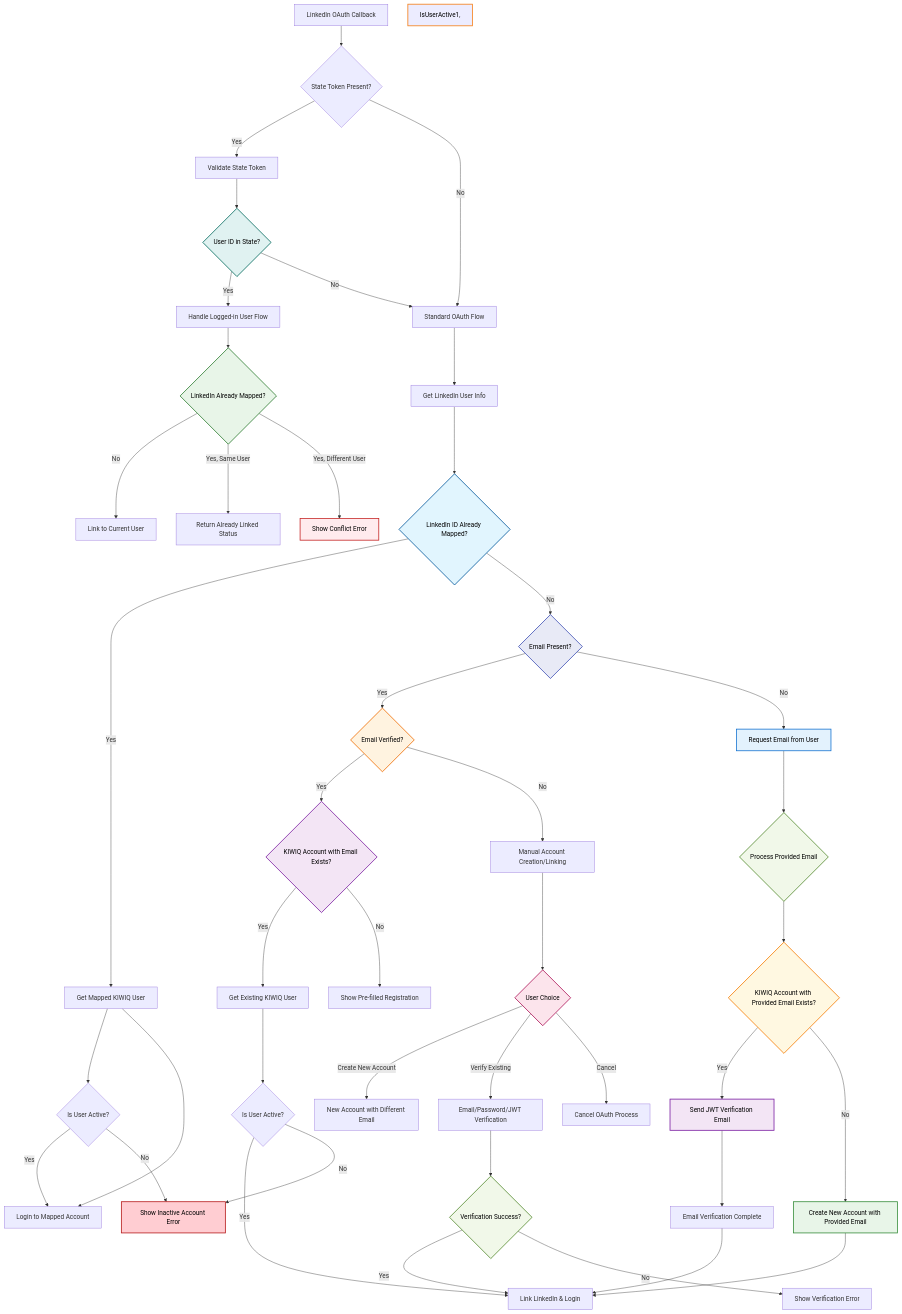
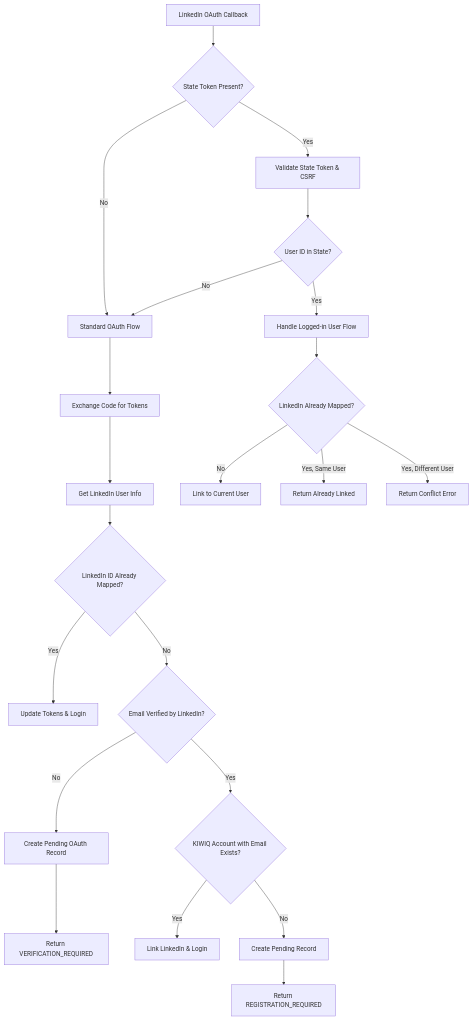
One commit to G11-999/kiwiq changed the first of 10 diagrams in docs/design_docs/linkedin_integrations/LINKEDIN_OAUTH_DESIGN.md. Above: the diagram before and after it, drawn with Mermaid. The commit also changed other lines of this file and 6 other files, not shown here.

````diff
--- a/docs/design_docs/linkedin_integrations/LINKEDIN_OAUTH_DESIGN.md
+++ b/docs/design_docs/linkedin_integrations/LINKEDIN_OAUTH_DESIGN.md
@@ -161,78 +156,33 @@
 ```mermaid
 flowchart TD
     Start[LinkedIn OAuth Callback] --> CheckState{State Token Present?}
     
-    CheckState -->|Yes| ValidateState[Validate State Token]
+    CheckState -->|Yes| ValidateState[Validate State Token & CSRF]
     CheckState -->|No| StandardFlow[Standard OAuth Flow]
     
     ValidateState --> IsUserLoggedIn{User ID in State?}
     IsUserLoggedIn -->|Yes| LoggedInUserFlow[Handle Logged-in User Flow]
     IsUserLoggedIn -->|No| StandardFlow
     
-    StandardFlow --> GetLinkedInInfo[Get LinkedIn User Info]
+    StandardFlow --> ExchangeCode[Exchange Code for Tokens]
+    ExchangeCode --> GetLinkedInInfo[Get LinkedIn User Info]
     GetLinkedInInfo --> CheckExistingMapping{LinkedIn ID Already Mapped?}
     
-    CheckExistingMapping -->|Yes| GetMappedUser[Get Mapped KIWIQ User]
-    CheckExistingMapping -->|No| CheckEmailPresent{Email Present?}
-    
-    GetMappedUser --> IsUserActive1{Is User Active?}
-    IsUserActive1 -->|Yes| LoginUser[Login to Mapped Account]
-    IsUserActive1 -->|No| ShowErrorInactive[Show Inactive Account Error]
-    
-    GetMappedUser --> LoginUser[Login to Mapped Account]
-    
-    CheckEmailPresent -->|Yes| CheckEmailVerified{Email Verified?}
-    CheckEmailPresent -->|No| ManualEmailCollection[Request Email from User]
+    CheckExistingMapping -->|Yes| UpdateTokensLogin[Update Tokens & Login]
+    CheckExistingMapping -->|No| CheckEmailVerified{Email Verified by LinkedIn?}
     
     CheckEmailVerified -->|Yes| CheckEmailExists{KIWIQ Account with Email Exists?}
-    CheckEmailVerified -->|No| ManualFlow[Manual Account Creation/Linking]
+    CheckEmailVerified -->|No| CreatePendingRecord[Create Pending OAuth Record]
     
-    ManualEmailCollection --> ProcessProvidedEmail{Process Provided Email}
-    ProcessProvidedEmail --> CheckProvidedEmailExists{KIWIQ Account with Provided Email Exists?}
+    CreatePendingRecord --> ReturnVerificationRequired[Return VERIFICATION_REQUIRED]
     
-    CheckProvidedEmailExists -->|Yes| SendVerificationEmail[Send JWT Verification Email]
-    CheckProvidedEmailExists -->|No| CreateNewAccountWithEmail[Create New Account with Provided Email]
+    CheckEmailExists -->|Yes| LinkAndLogin[Link LinkedIn & Login]
+    CheckEmailExists -->|No| CreatePendingForRegistration[Create Pending Record]
     
-    SendVerificationEmail --> EmailVerificationComplete[Email Verification Complete]
-    EmailVerificationComplete --> LinkAndLogin
+    CreatePendingForRegistration --> ReturnRegistrationRequired[Return REGISTRATION_REQUIRED]
     
-    CreateNewAccountWithEmail --> LinkAndLogin
-    
-    CheckEmailExists -->|Yes| GetExistingUser[Get Existing KIWIQ User]
-    CheckEmailExists -->|No| PrefilledRegistration[Show Pre-filled Registration]
-    
-    GetExistingUser --> IsUserActive2{Is User Active?}
-    IsUserActive2 -->|Yes| LinkAndLogin[Link LinkedIn & Login]
-    IsUserActive2 -->|No| ShowErrorInactive
-    
-    LoggedInUserFlow --> CheckLinkedInMapping{LinkedIn Already Mapped?}
-    CheckLinkedInMapping -->|No| LinkToCurrentUser[Link to Current User]
-    CheckLinkedInMapping -->|Yes, Same User| AlreadyLinked[Return Already Linked Status]
-    CheckLinkedInMapping -->|Yes, Different User| ShowConflict[Show Conflict Error]
-    
-    ManualFlow --> UserChoice{User Choice}
-    UserChoice -->|Create New Account| NewAccountFlow[New Account with Different Email]
-    UserChoice -->|Verify Existing| VerifyFlow[Email/Password/JWT Verification]
-    UserChoice -->|Cancel| CancelFlow[Cancel OAuth Process]
-    
-    VerifyFlow --> VerifySuccess{Verification Success?}
-    VerifySuccess -->|Yes| LinkAndLogin
-    VerifySuccess -->|No| ShowError[Show Verification Error]
-    
-    style CheckExistingMapping fill:#e1f5fe,stroke:#01579b,stroke-width:2px,color:#000
-    style CheckLinkedInMapping fill:#e8f5e8,stroke:#2e7d32,stroke-width:2px,color:#000
-    style ShowConflict fill:#ffebee,stroke:#c62828,stroke-width:2px,color:#000
-    style CheckEmailVerified fill:#fff3e0,stroke:#ef6c00,stroke-width:2px,color:#000
-    style CheckEmailExists fill:#f3e5f5,stroke:#7b1fa2,stroke-width:2px,color:#000
-    style CheckEmailPresent fill:#e8eaf6,stroke:#3f51b5,stroke-width:2px,color:#000
-    style ProcessProvidedEmail fill:#f1f8e9,stroke:#558b2f,stroke-width:2px,color:#000
-    style CheckProvidedEmailExists fill:#fff8e1,stroke:#f57c00,stroke-width:2px,color:#000
-    style IsUserLoggedIn fill:#e0f2f1,stroke:#00695c,stroke-width:2px,color:#000
-    style UserChoice fill:#fce4ec,stroke:#ad1457,stroke-width:2px,color:#000
-    style VerifySuccess fill:#f1f8e9,stroke:#558b2f,stroke-width:2px,color:#000
-    style ManualEmailCollection fill:#e3f2fd,stroke:#1976d2,stroke-width:2px,color:#000
-    style SendVerificationEmail fill:#f3e5f5,stroke:#7b1fa2,stroke-width:2px,color:#000
-    style CreateNewAccountWithEmail fill:#e8f5e8,stroke:#388e3c,stroke-width:2px,color:#000
-    style ShowErrorInactive fill:#ffcdd2,stroke:#b71c1c,stroke-width:2px,color:#000
-    style IsUserActive1, IsUserActive2 fill:#fff9c4,stroke:#f57f17,stroke-width:2px,color:#000
+    LoggedInUserFlow --> CheckConflict{LinkedIn Already Mapped?}
+    CheckConflict -->|No| LinkToCurrentUser[Link to Current User]
+    CheckConflict -->|Yes, Same User| AlreadyLinked[Return Already Linked]
+    CheckConflict -->|Yes, Different User| ShowConflict[Return Conflict Error]
 ```
````
